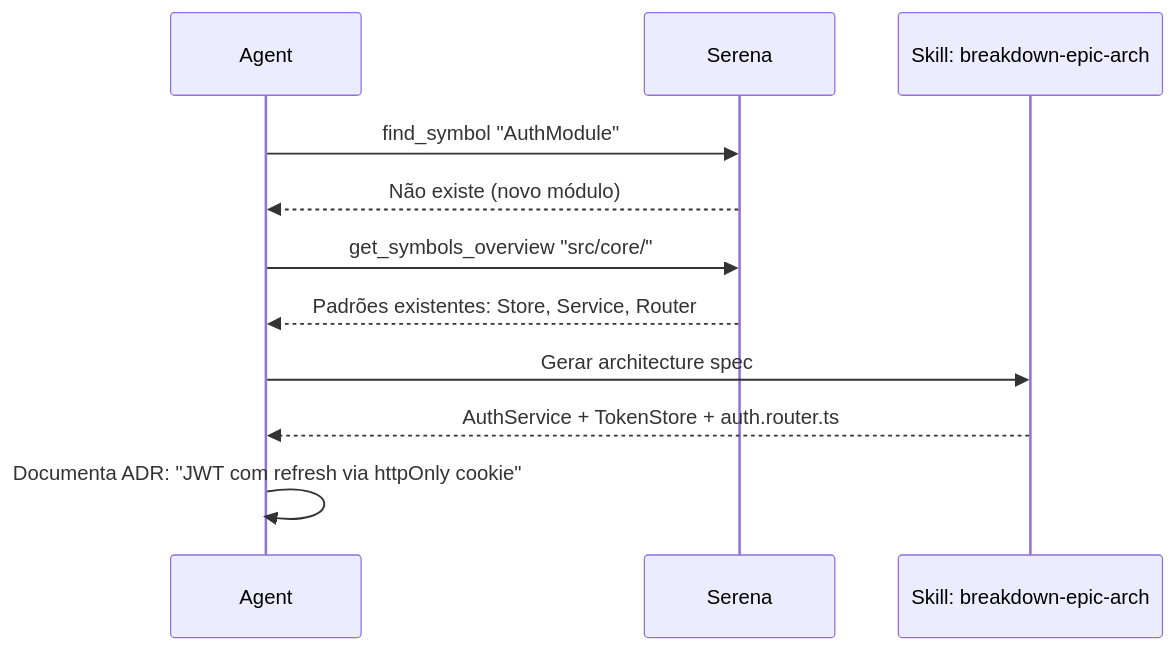
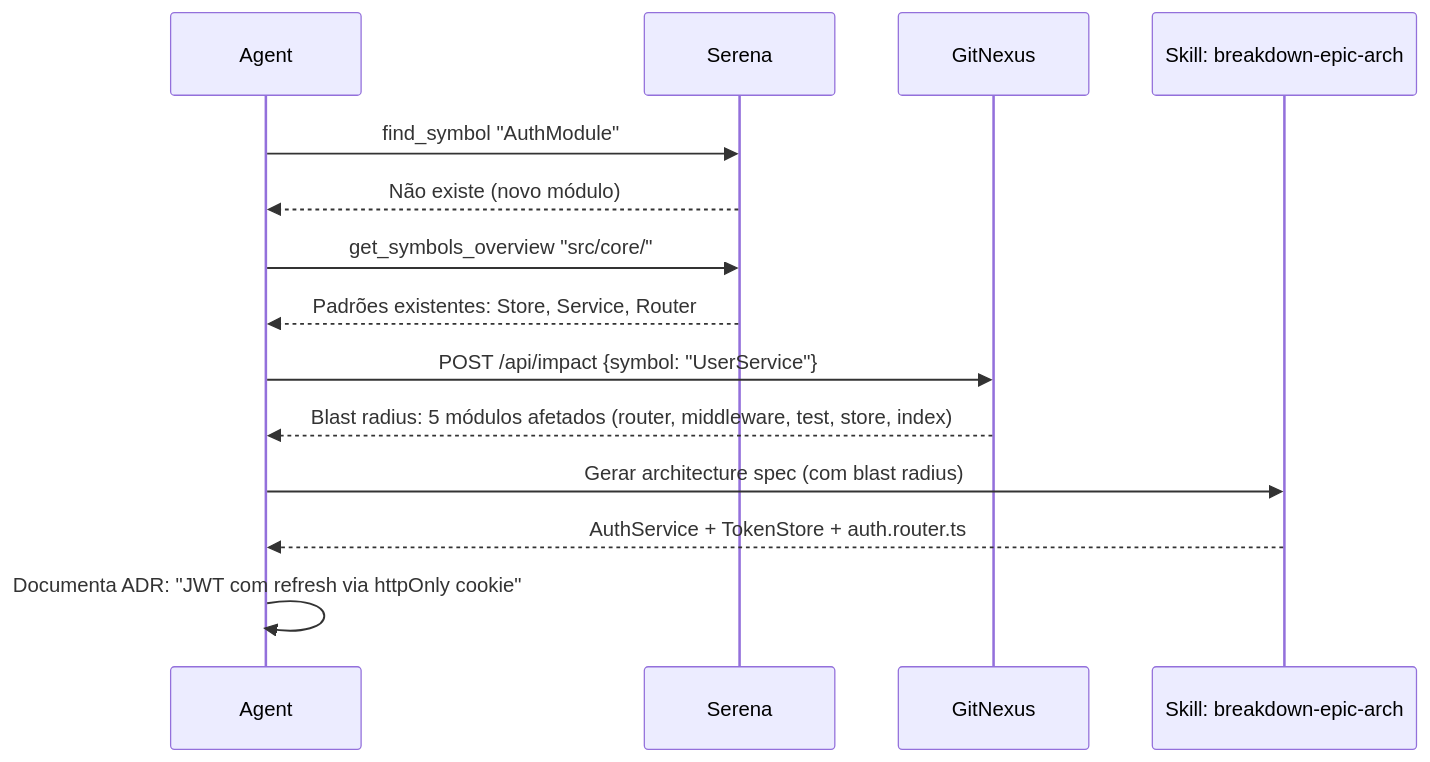
Before and after one commit to sraphaz/mcp-graph-workflow: the sixth of 19 diagrams in docs/LIFECYCLE.md, drawn with Mermaid. The commit also changed other lines of this file, not shown here.

Commit message:
chore: update architecture and knowledge pipeline details in LIFECYCLE.md

````diff
--- a/docs/LIFECYCLE.md
+++ b/docs/LIFECYCLE.md
@@ -137,14 +208,17 @@
 ```mermaid
 sequenceDiagram
     participant A as Agent
     participant Serena as Serena
+    participant GN as GitNexus
     participant Skill as Skill: breakdown-epic-arch
 
     A->>Serena: find_symbol "AuthModule"
     Serena-->>A: Não existe (novo módulo)
     A->>Serena: get_symbols_overview "src/core/"
     Serena-->>A: Padrões existentes: Store, Service, Router
-    A->>Skill: Gerar architecture spec
+    A->>GN: POST /api/impact {symbol: "UserService"}
+    GN-->>A: Blast radius: 5 módulos afetados (router, middleware, test, store, index)
+    A->>Skill: Gerar architecture spec (com blast radius)
     Skill-->>A: AuthService + TokenStore + auth.router.ts
     A->>A: Documenta ADR: "JWT com refresh via httpOnly cookie"
 ```
````
